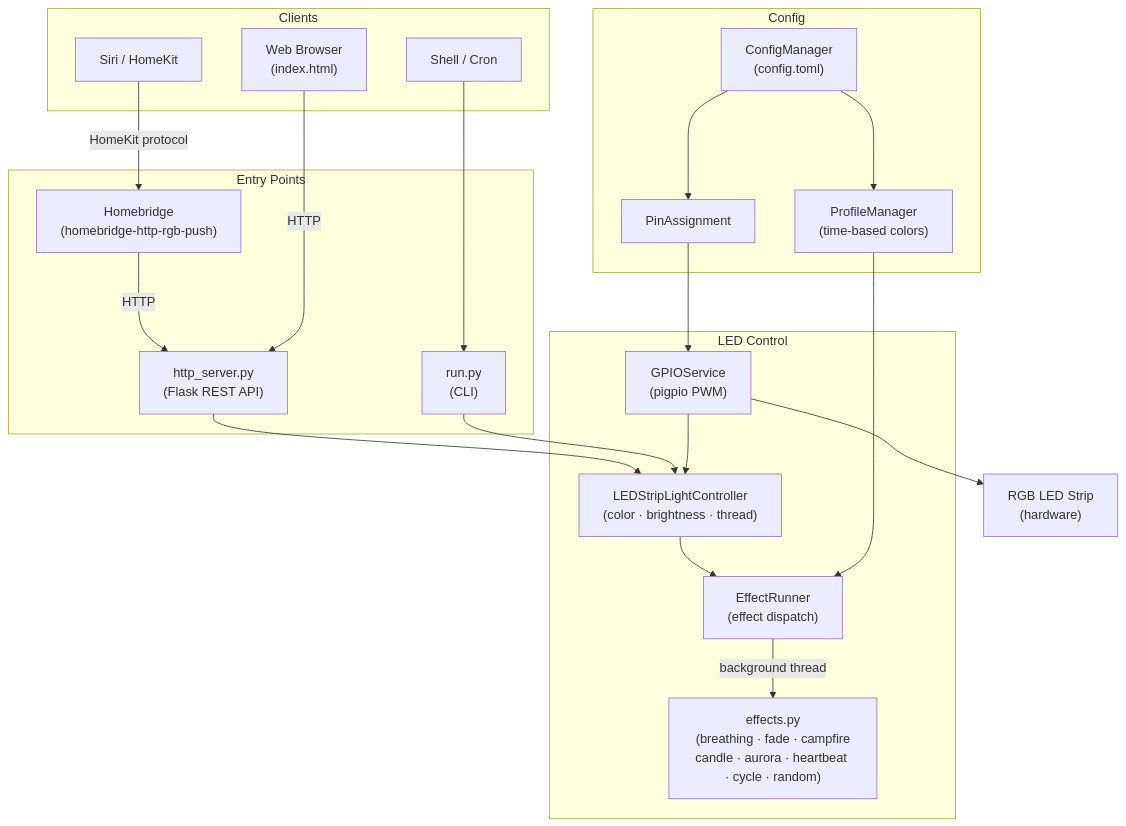
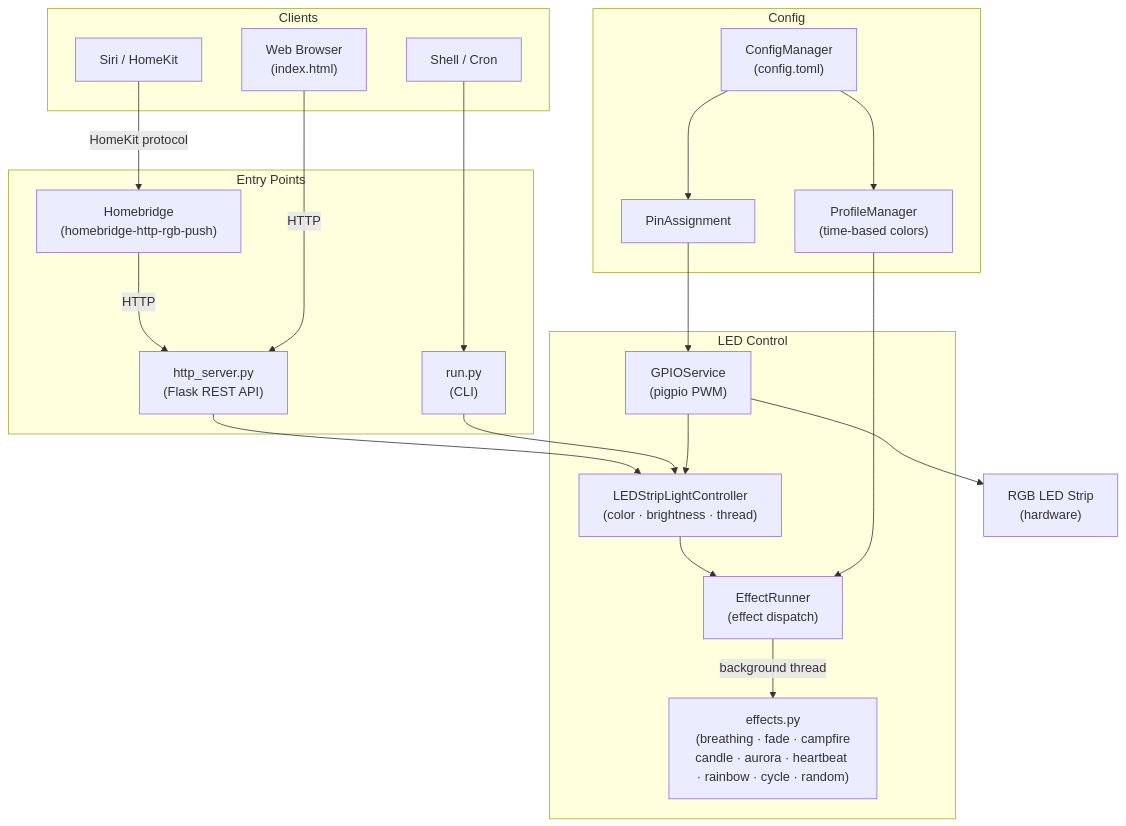
Before and after one commit to janrothen/led-strip-light: the diagram in README.md, drawn with Mermaid. The commit also changed other lines of this file and 8 other files, not shown here.

````diff
--- a/README.md
+++ b/README.md
@@ -39,45 +39,45 @@
 ```mermaid
 graph TD
     subgraph Clients
         SIRI["Siri / HomeKit"]
         WEBUI["Web Browser\n(index.html)"]
         SHELL["Shell / Cron"]
     end
 
     subgraph Entry Points
         HB["Homebridge\n(homebridge-http-rgb-push)"]
         HTTP["http_server.py\n(Flask REST API)"]
         CLI["run.py\n(CLI)"]
     end
 
     subgraph Config
         CM["ConfigManager\n(config.toml)"]
         PA["PinAssignment"]
         PM["ProfileManager\n(time-based colors)"]
     end
 
     subgraph LED Control
         GPIO["GPIOService\n(pigpio PWM)"]
         CTRL["LEDStripLightController\n(color · brightness · thread)"]
         ER["EffectRunner\n(effect dispatch)"]
-        EFX["effects.py\n(breathing · fade · campfire\ncandle · aurora · heartbeat · cycle · random)"]
+        EFX["effects.py\n(breathing · fade · campfire\ncandle · aurora · heartbeat · rainbow · cycle · random)"]
     end
 
     HW["RGB LED Strip\n(hardware)"]
 
     SIRI -->|"HomeKit protocol"| HB
     HB -->|"HTTP"| HTTP
     WEBUI -->|"HTTP"| HTTP
     SHELL --> CLI
 
     HTTP --> CTRL
     CLI --> CTRL
     CM --> PA
     CM --> PM
     PA --> GPIO
     GPIO --> CTRL
     CTRL --> ER
     ER -->|"background thread"| EFX
     PM --> ER
     GPIO --> HW
 ```
````
